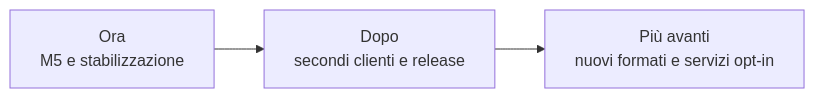
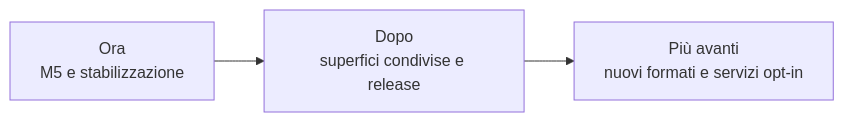
Before and after one commit to Fubeo/Fub: the diagram in docs/project/roadmap.md, drawn with Mermaid. The commit also changed other lines of this file and 2 other files, not shown here.

First line of the commit message:
docs(project): riallinea stato e roadmap al 9 settembre

````diff
--- a/docs/project/roadmap.md
+++ b/docs/project/roadmap.md
@@ -10,5 +10,5 @@
 ```mermaid
 flowchart LR
-    NOW["Ora<br/>M5 e stabilizzazione"] --> NEXT["Dopo<br/>secondi clienti e release"]
+    NOW["Ora<br/>M5 e stabilizzazione"] --> NEXT["Dopo<br/>superfici condivise e release"]
     NEXT --> LATER["Più avanti<br/>nuovi formati e servizi opt-in"]
 ```
````
